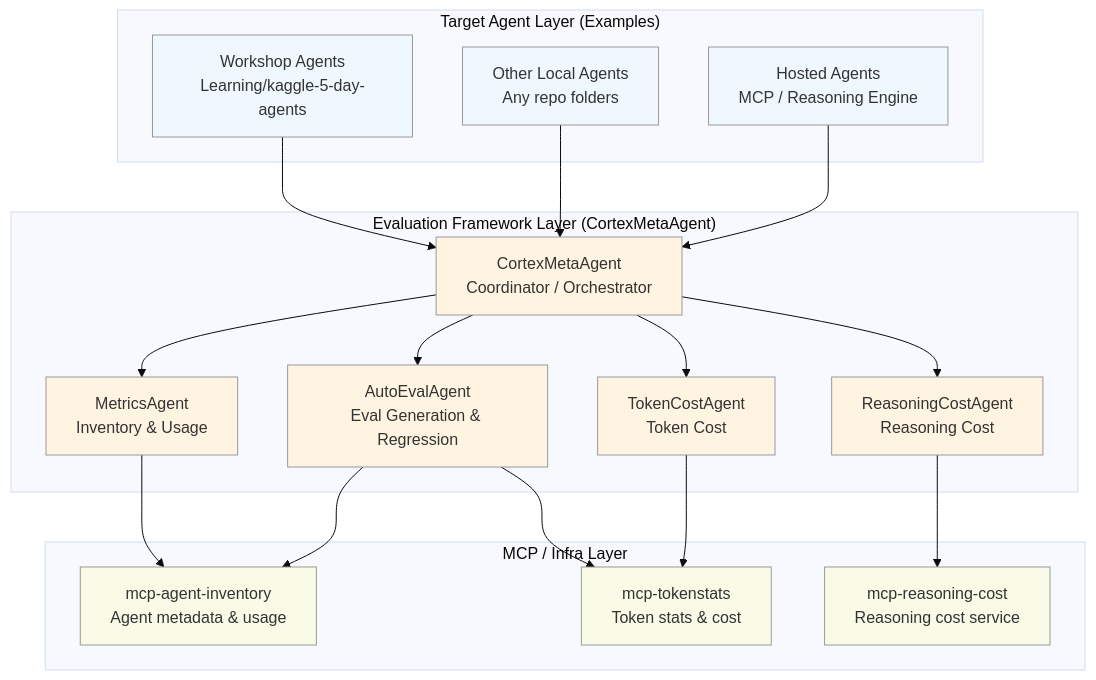
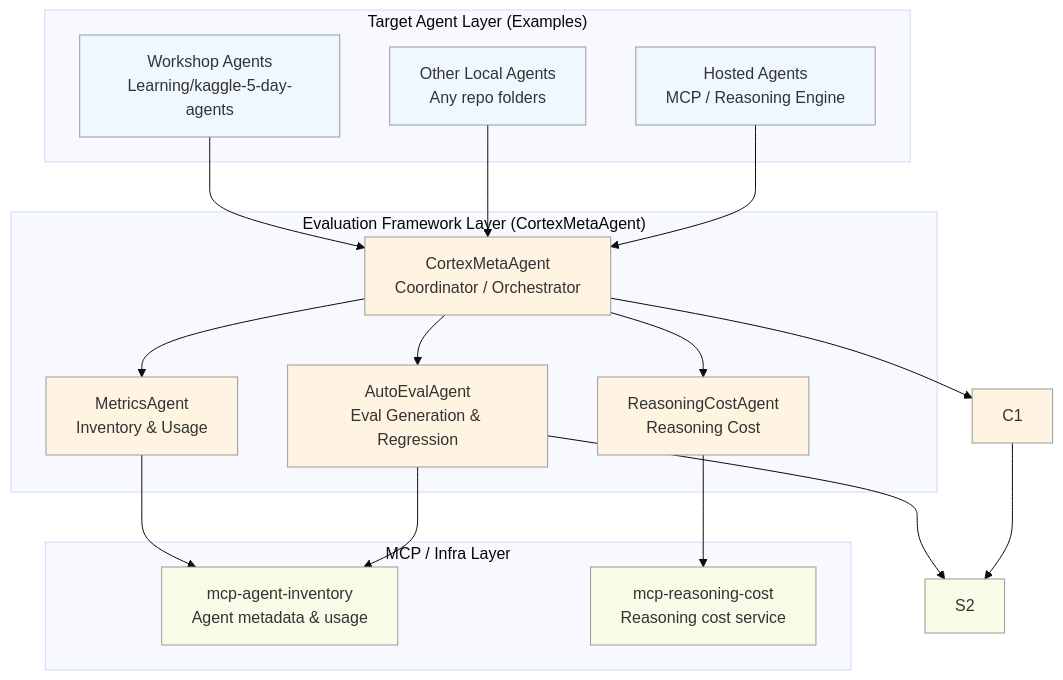
One commit to nareshsaladi2024/CortexMetaAgent changed the diagram in framework-architecture.mmd. Above: the diagram before and after it, drawn with Mermaid (base theme). The commit also changed 66 other files, not shown here.

```diff
--- a/framework-architecture.mmd
+++ b/framework-architecture.mmd
@@ -1,43 +1,43 @@
 graph TB
     subgraph "Target Agent Layer (Examples)"
         T1[Workshop Agents<br/>Learning/kaggle-5-day-agents]
         T2[Other Local Agents<br/>Any repo folders]
         T3[Hosted Agents<br/>MCP / Reasoning Engine]
     end
 
     subgraph "Evaluation Framework Layer (CortexMetaAgent)"
         M1[MetricsAgent<br/>Inventory & Usage]
         A1[AutoEvalAgent<br/>Eval Generation & Regression]
         R1[ReasoningCostAgent<br/>Reasoning Cost]
-        C1[TokenCostAgent<br/>Token Cost]
+
         META[CortexMetaAgent<br/>Coordinator / Orchestrator]
     end
 
     subgraph "MCP / Infra Layer"
         S1[mcp-agent-inventory<br/>Agent metadata & usage]
-        S2[mcp-tokenstats<br/>Token stats & cost]
+
         S3[mcp-reasoning-cost<br/>Reasoning cost service]
     end
 
     T1 --> META
     T2 --> META
     T3 --> META
 
     META --> M1
     META --> A1
     META --> R1
     META --> C1
 
     M1 --> S1
     A1 --> S1
     A1 --> S2
     C1 --> S2
     R1 --> S3
 
     classDef target fill:#f0f8ff,stroke:#999;
     classDef framework fill:#fff4e1,stroke:#999;
     classDef infra fill:#f9fbe7,stroke:#999;
 
     class T1,T2,T3 target;
     class M1,A1,R1,C1,META framework;
     class S1,S2,S3 infra;
```
